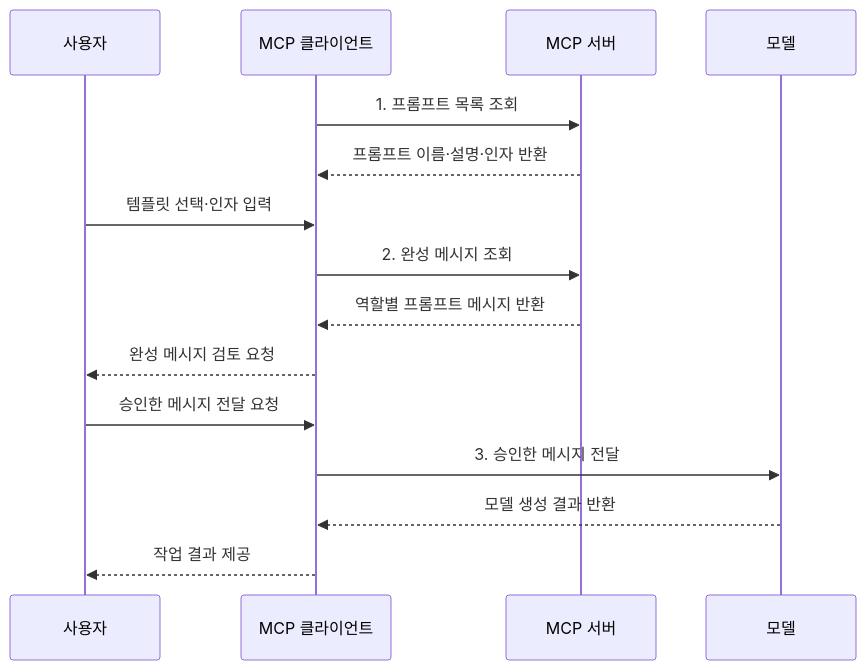
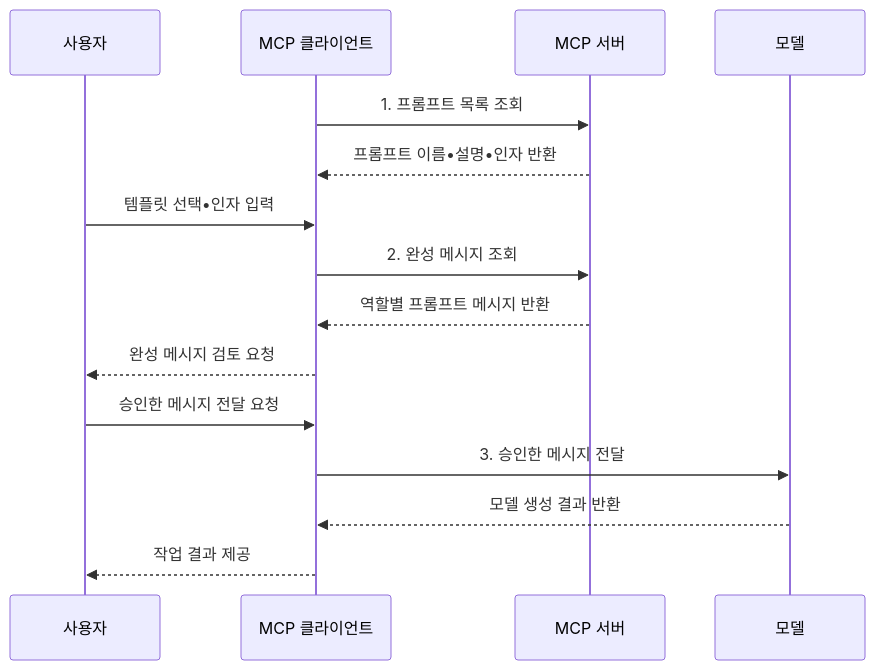
The second of 2 diagrams in src/content/docs/notes/08-latest-tech/011_mcp_prompt.md (agnusdei1207/knowledge-base), drawn with Mermaid before and after one commit. The commit also changed other lines of this file and 953 other files, not shown here.

````diff
--- a/src/content/docs/notes/08-latest-tech/011_mcp_prompt.md
+++ b/src/content/docs/notes/08-latest-tech/011_mcp_prompt.md
@@ -107,17 +107,17 @@
 ```mermaid
 sequenceDiagram
     participant U as 사용자
     participant C as MCP 클라이언트
     participant S as MCP 서버
     participant M as 모델
     C->>S: 1. 프롬프트 목록 조회
-    S-->>C: 프롬프트 이름·설명·인자 반환
-    U->>C: 템플릿 선택·인자 입력
+    S-->>C: 프롬프트 이름•설명•인자 반환
+    U->>C: 템플릿 선택•인자 입력
     C->>S: 2. 완성 메시지 조회
     S-->>C: 역할별 프롬프트 메시지 반환
     C-->>U: 완성 메시지 검토 요청
     U->>C: 승인한 메시지 전달 요청
     C->>M: 3. 승인한 메시지 전달
     M-->>C: 모델 생성 결과 반환
     C-->>U: 작업 결과 제공
 ```
````
